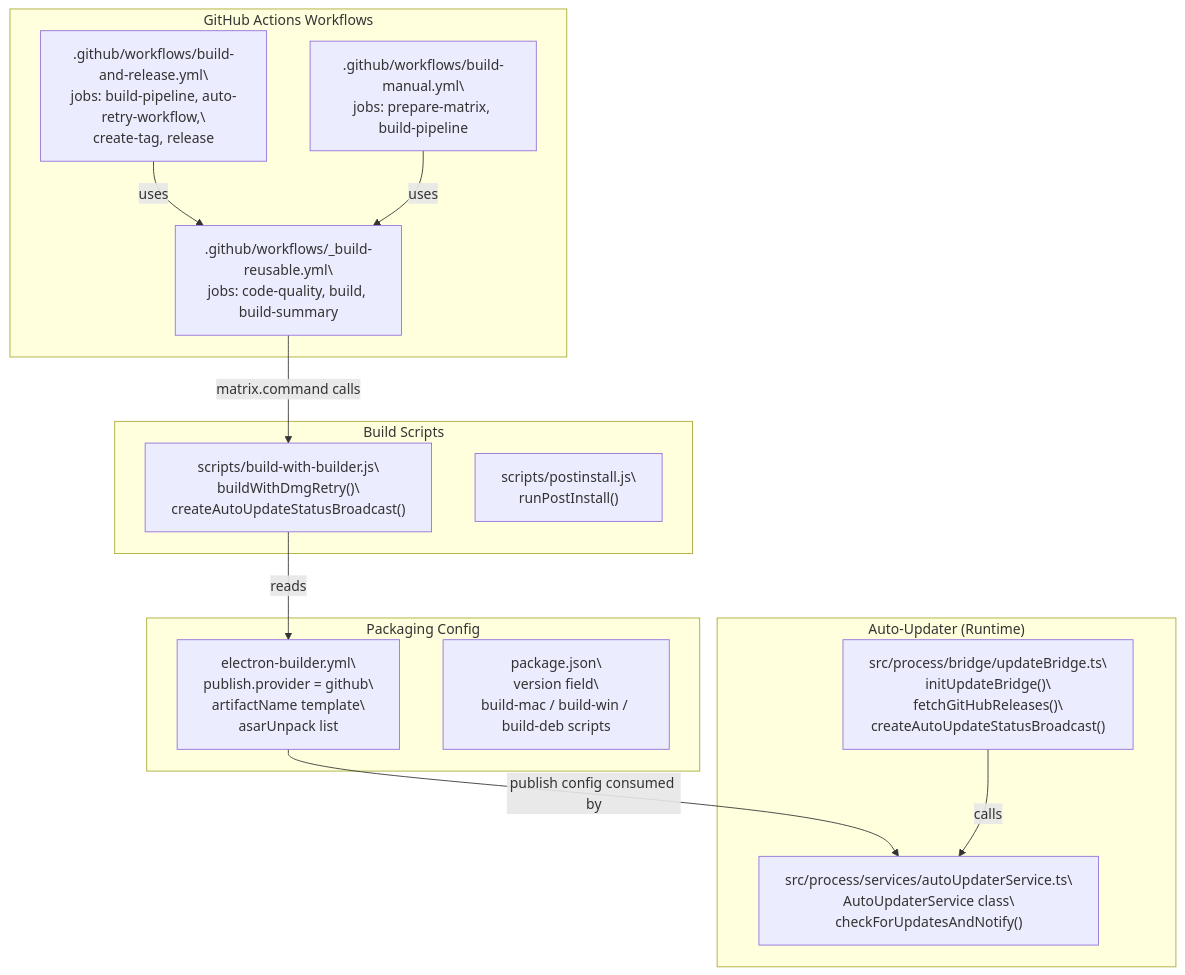
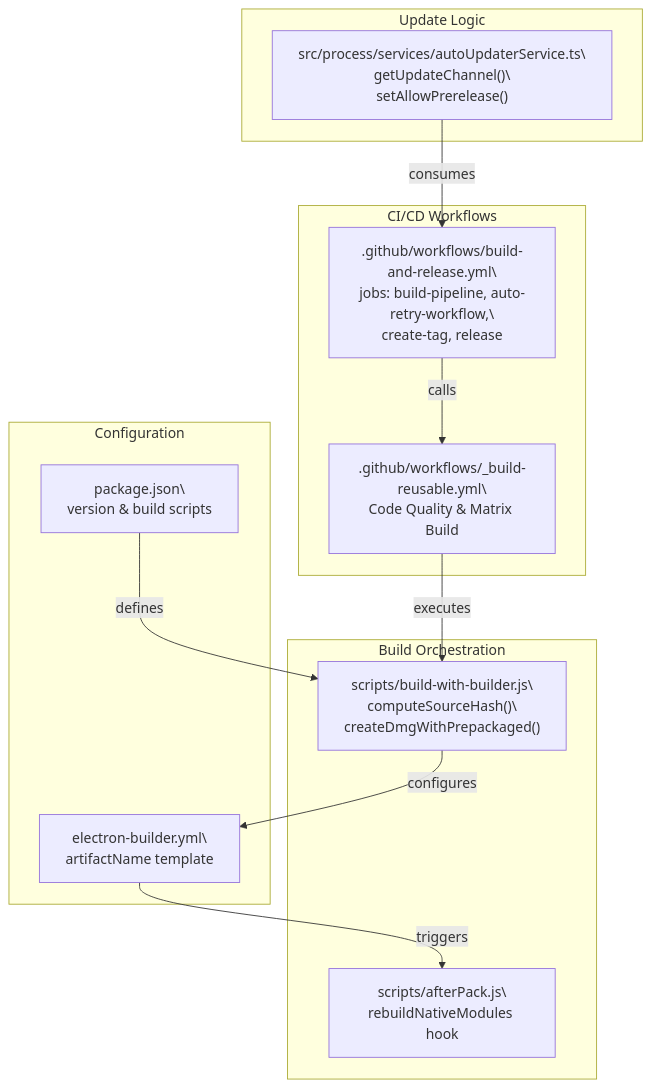
One commit to blackcater/zentree changed the fourth of 4 diagrams in docs/iOfficeAI_AionUi/build-and-deployment/release-management.md. Above: the diagram before and after it, drawn with Mermaid. The commit also changed other lines of this file and 232 other files, not shown here.

````diff
--- a/docs/iOfficeAI_AionUi/build-and-deployment/release-management.md
+++ b/docs/iOfficeAI_AionUi/build-and-deployment/release-management.md
@@ -291,43 +203,35 @@
 ```mermaid
 flowchart TD
-    subgraph "GitHub Actions Workflows"
+    subgraph "CI/CD Workflows"
         buildRelease[".github/workflows/build-and-release.yml\
 jobs: build-pipeline, auto-retry-workflow,\
 create-tag, release"]
-        buildReusable[".github/workflows/_build-reusable.yml\
-jobs: code-quality, build, build-summary"]
-        buildManual[".github/workflows/build-manual.yml\
-jobs: prepare-matrix, build-pipeline"]
+        reusablePipeline[".github/workflows/_build-reusable.yml\
+Code Quality & Matrix Build"]
     end
-    subgraph "Build Scripts"
+    subgraph "Build Orchestration"
         buildScript["scripts/build-with-builder.js\
-buildWithDmgRetry()\
-createAutoUpdateStatusBroadcast()"]
-        postInstall["scripts/postinstall.js\
-runPostInstall()"]
+computeSourceHash()\
+createDmgWithPrepackaged()"]
+        afterPack["scripts/afterPack.js\
+rebuildNativeModules hook"]
     end
-    subgraph "Packaging Config"
+    subgraph "Update Logic"
+        updateService["src/process/services/autoUpdaterService.ts\
+getUpdateChannel()\
+setAllowPrerelease()"]
+    end
+    subgraph "Configuration"
         builderYml["electron-builder.yml\
-publish.provider = github\
-artifactName template\
-asarUnpack list"]
+artifactName template"]
         packageJson["package.json\
-version field\
-build-mac / build-win / build-deb scripts"]
+version & build scripts"]
     end
-    subgraph "Auto-Updater (Runtime)"
-        autoUpdaterService["src/process/services/autoUpdaterService.ts\
-AutoUpdaterService class\
-checkForUpdatesAndNotify()"]
-        updateBridge["src/process/bridge/updateBridge.ts\
-initUpdateBridge()\
-fetchGitHubReleases()\
-createAutoUpdateStatusBroadcast()"]
-    end
-    buildRelease -->|"uses"| buildReusable
-    buildManual -->|"uses"| buildReusable
-    buildReusable -->|"matrix.command calls"| buildScript
-    buildScript -->|"reads"| builderYml
-    builderYml -->|"publish config consumed by"| autoUpdaterService
-    updateBridge -->|"calls"| autoUpdaterService
+
+    buildRelease -->|"calls"| reusablePipeline
+    reusablePipeline -->|"executes"| buildScript
+    buildScript -->|"configures"| builderYml
+    builderYml -->|"triggers"| afterPack
+    updateService -->|"consumes"| buildRelease
+    packageJson -->|"defines"| buildScript
 ```
````
